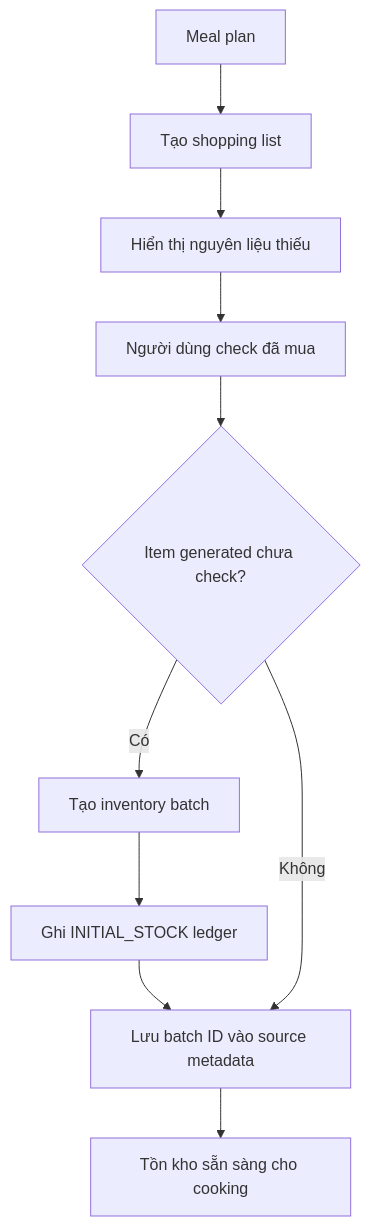
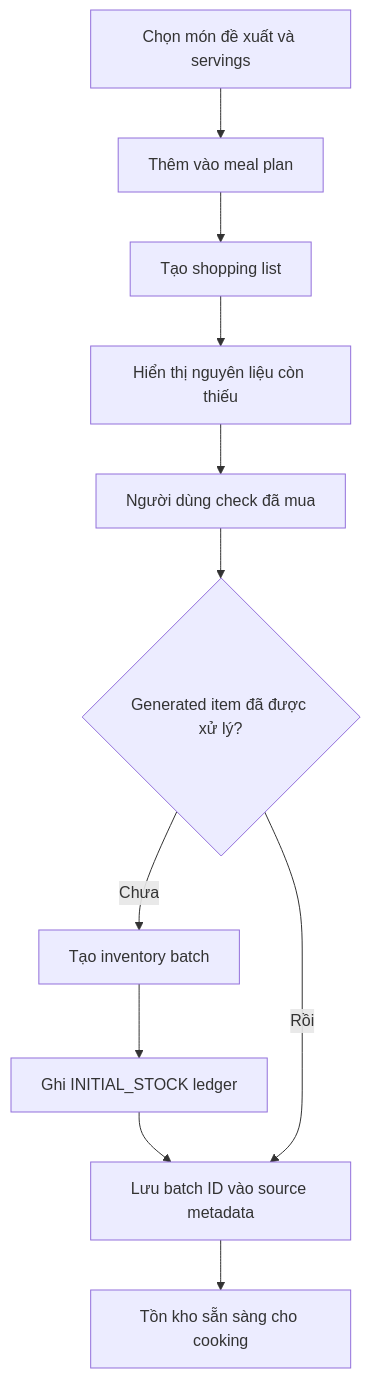
Before and after one commit to nguyenkhaan/sweep-food: the seventh of 8 diagrams in src/backend/docs/product-flow.md, drawn with Mermaid. The commit also changed other lines of this file and 17 other files, not shown here.

````diff
--- a/src/backend/docs/product-flow.md
+++ b/src/backend/docs/product-flow.md
@@ -163,12 +163,13 @@
 ```mermaid
 flowchart TD
-    A[Meal plan] --> B[Tạo shopping list]
-    B --> C[Hiển thị nguyên liệu thiếu]
-    C --> D[Người dùng check đã mua]
-    D --> E{Item generated chưa check?}
-    E -- Có --> F[Tạo inventory batch]
-    F --> G[Ghi INITIAL_STOCK ledger]
-    G --> H[Lưu batch ID vào source metadata]
-    E -- Không --> H
-    H --> I[Tồn kho sẵn sàng cho cooking]
+    A[Chọn món đề xuất và servings] --> B[Thêm vào meal plan]
+    B --> C[Tạo shopping list]
+    C --> D[Hiển thị nguyên liệu còn thiếu]
+    D --> E[Người dùng check đã mua]
+    E --> F{Generated item đã được xử lý?}
+    F -- Chưa --> G[Tạo inventory batch]
+    G --> H[Ghi INITIAL_STOCK ledger]
+    H --> I[Lưu batch ID vào source metadata]
+    F -- Rồi --> I
+    I --> J[Tồn kho sẵn sàng cho cooking]
 ```
````
